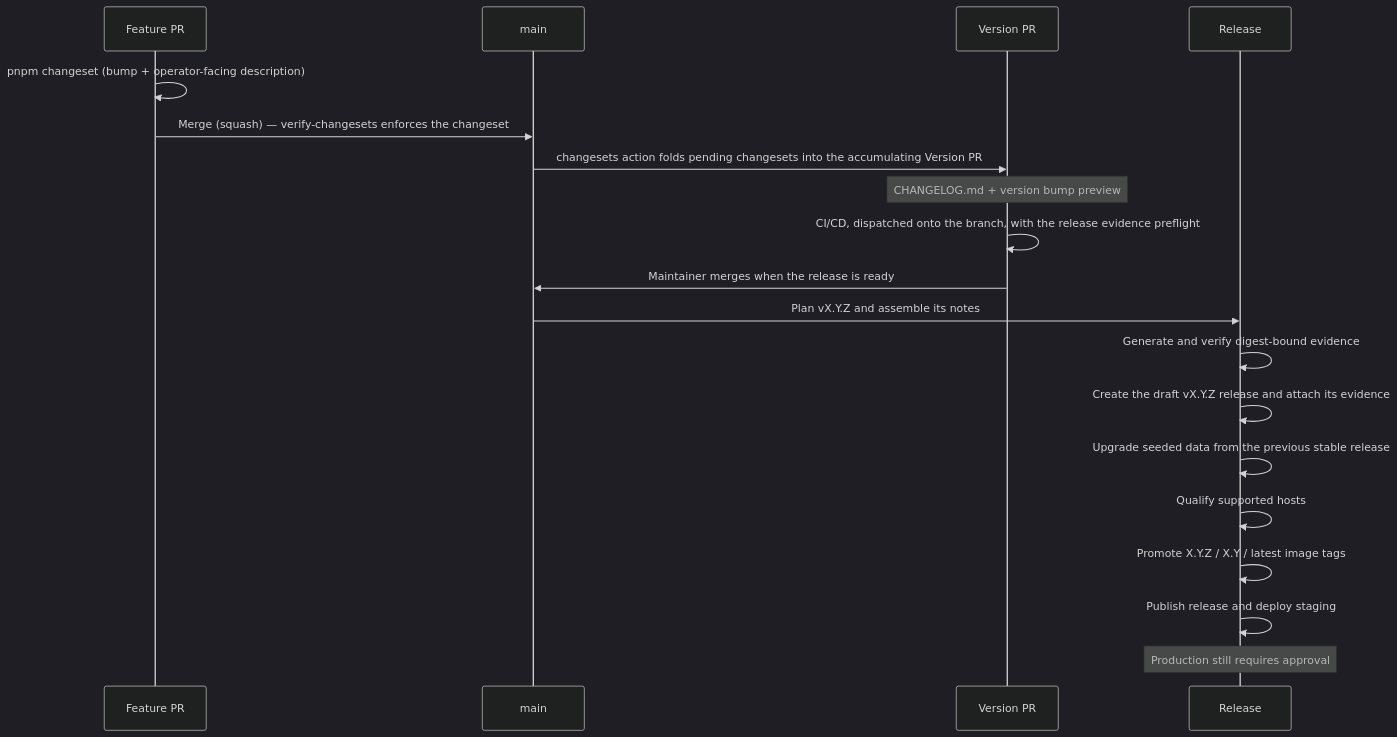
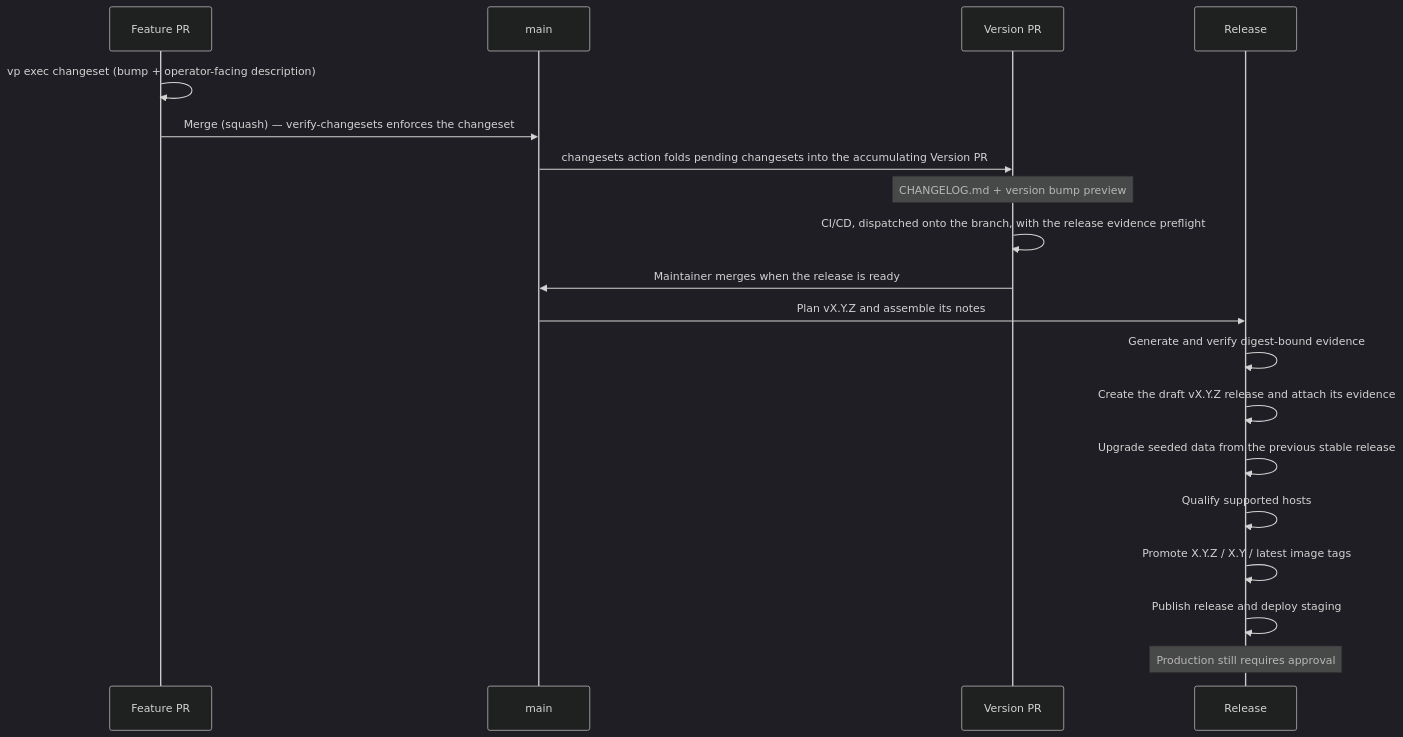
Before and after one commit to ls1intum/Hephaestus: the diagram in docs/contributor/release-management.mdx, drawn with Mermaid (dark theme). The commit also changed other lines of this file and 122 other files, not shown here.

````diff
--- a/docs/contributor/release-management.mdx
+++ b/docs/contributor/release-management.mdx
@@ -21,24 +21,24 @@
 ```mermaid
 sequenceDiagram
     accTitle: Changesets release workflow
     accDescr: Feature pull requests add changesets, the version pull request consumes them, and merging the version pull request publishes the release.
     participant PR as Feature PR
     participant M as main
     participant VP as Version PR
     participant R as Release
 
-    PR->>PR: pnpm changeset (bump + operator-facing description)
+    PR->>PR: vp exec changeset (bump + operator-facing description)
     PR->>M: Merge (squash) — verify-changesets enforces the changeset
     M->>VP: changesets action folds pending changesets into the accumulating Version PR
     Note over VP: CHANGELOG.md + version bump preview
     VP->>VP: CI/CD, dispatched onto the branch, with the release evidence preflight
     VP->>M: Maintainer merges when the release is ready
     M->>R: Plan vX.Y.Z and assemble its notes
     R->>R: Generate and verify digest-bound evidence
     R->>R: Create the draft vX.Y.Z release and attach its evidence
     R->>R: Upgrade seeded data from the previous stable release
     R->>R: Qualify supported hosts
     R->>R: Promote X.Y.Z / X.Y / latest image tags
     R->>R: Publish release and deploy staging
     Note over R: Production still requires approval
 ```
````
